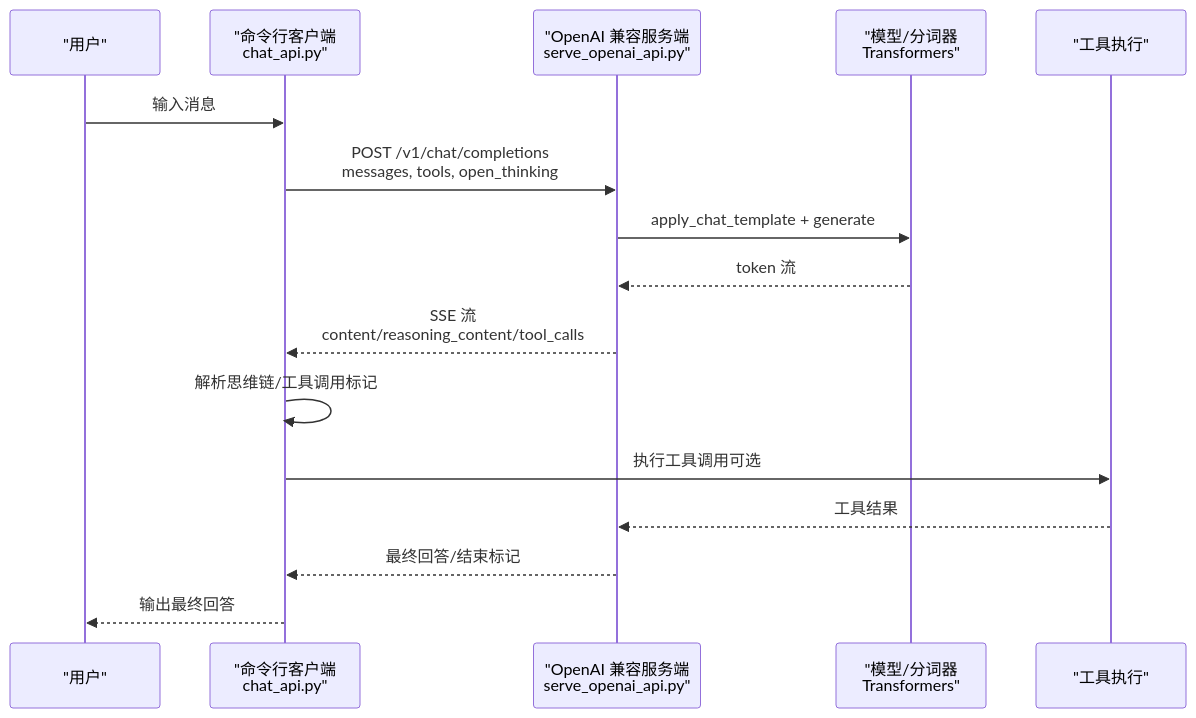
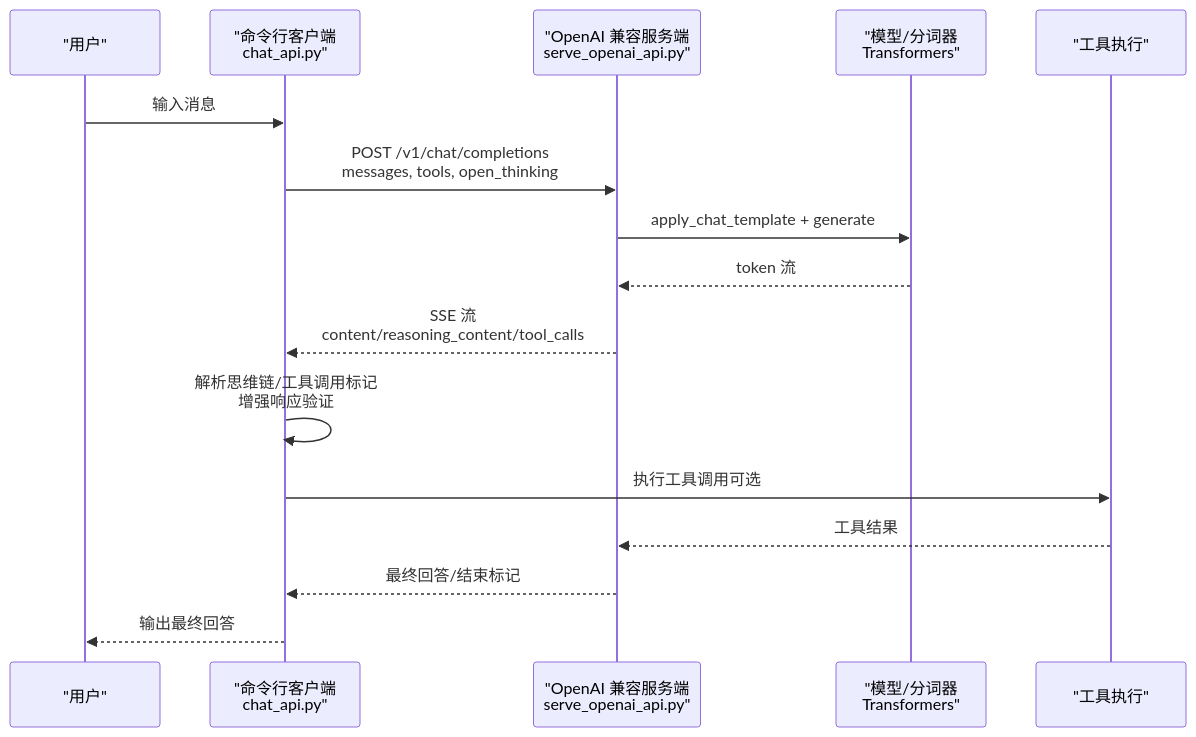
One commit to haolange/minimind changed the second of 3 diagrams in .qoder/repowiki/zh/content/推理服务系统/聊天 API 客户端.md. Above: the diagram before and after it, drawn with Mermaid. The commit also changed other lines of this file and 4 other files, not shown here.

````diff
--- a/.qoder/repowiki/zh/content/推理服务系统/聊天 API 客户端.md
+++ b/.qoder/repowiki/zh/content/推理服务系统/聊天 API 客户端.md
@@ -97,18 +108,18 @@
 ```mermaid
 sequenceDiagram
 participant User as "用户"
 participant CLI as "命令行客户端<br/>chat_api.py"
 participant API as "OpenAI 兼容服务端<br/>serve_openai_api.py"
 participant Model as "模型/分词器<br/>Transformers"
 participant Tools as "工具执行"
 User->>CLI : 输入消息
 CLI->>API : POST /v1/chat/completions<br/>messages, tools, open_thinking
 API->>Model : apply_chat_template + generate
 Model-->>API : token 流
 API-->>CLI : SSE 流<br/>content/reasoning_content/tool_calls
-CLI->>CLI : 解析思维链/工具调用标记
+CLI->>CLI : 解析思维链/工具调用标记<br/>增强响应验证
 CLI->>Tools : 执行工具调用可选
 Tools-->>API : 工具结果
 API-->>CLI : 最终回答/结束标记
 CLI-->>User : 输出最终回答
 ```
````
